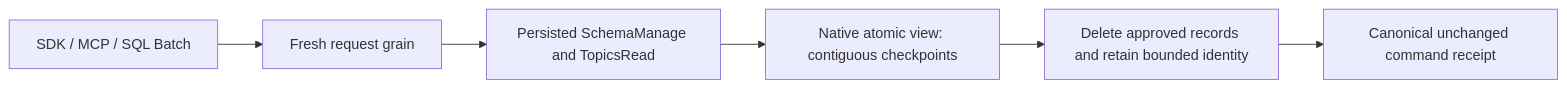
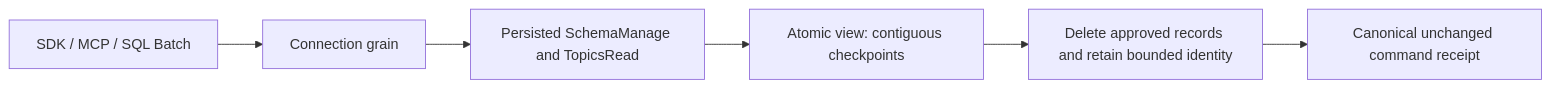
Before and after one commit to managedcode/KeyLoad: the third of 4 diagrams in docs/Features/Messaging.md, drawn with Mermaid. The commit also changed other lines of this file and 7356 other files, not shown here.

````diff
--- a/docs/Features/Messaging.md
+++ b/docs/Features/Messaging.md
@@ -394,8 +124,8 @@
 ```mermaid
 flowchart LR
-  Caller[SDK / MCP / SQL Batch] --> Request[Fresh request grain]
+  Caller[SDK / MCP / SQL Batch] --> Request[Connection grain]
   Request --> Auth[Persisted SchemaManage and TopicsRead]
-  Auth --> Pins[Native atomic view: contiguous checkpoints]
+  Auth --> Pins[Atomic view: contiguous checkpoints]
   Pins --> Commit[Delete approved records and retain bounded identity]
   Commit --> Receipt[Canonical unchanged command receipt]
 ```
````
